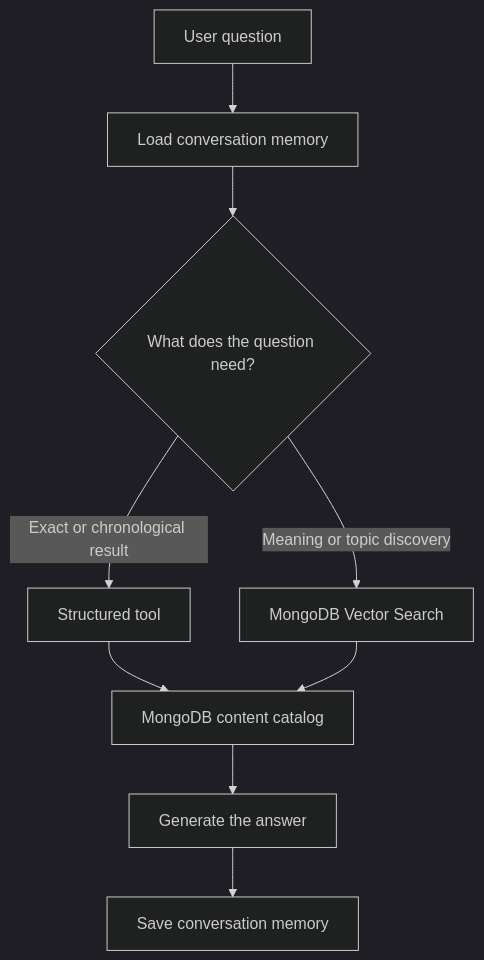
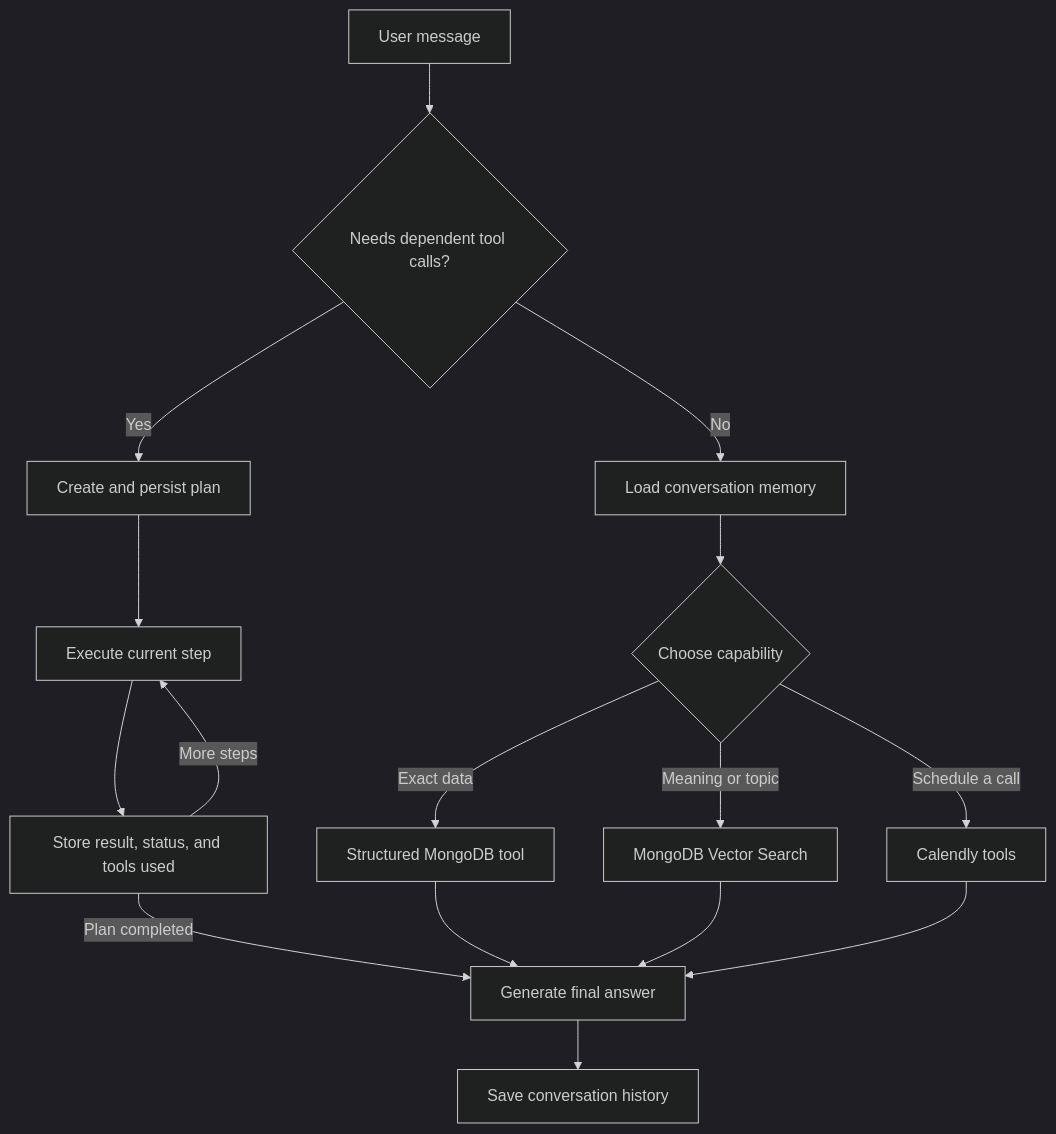
The diagram in README.md (ricardohsmello/ricai-personal-content-agent), drawn with Mermaid (dark theme) before and after one commit. The commit also changed other lines of this file, not shown here.

Commit message:
Changed readme to explain the correct agent flow

````diff
--- a/README.md
+++ b/README.md
@@ -15,11 +17,21 @@
 ```mermaid
 flowchart TD
-    Q["User question"] --> M["Load conversation memory"]
-    M --> D{"What does the question need?"}
-    D -->|"Exact or chronological result"| T["Structured tool"]
-    D -->|"Meaning or topic discovery"| V["MongoDB Vector Search"]
-    T --> K["MongoDB content catalog"]
-    V --> K
-    K --> A["Generate the answer"]
-    A --> S["Save conversation memory"]
+    Q["User message"] --> R{"Needs dependent tool calls?"}
+
+    R -->|"No"| M["Load conversation memory"]
+    M --> D{"Choose capability"}
+    D -->|"Exact data"| T["Structured MongoDB tool"]
+    D -->|"Meaning or topic"| V["MongoDB Vector Search"]
+    D -->|"Schedule a call"| C["Calendly tools"]
+
+    R -->|"Yes"| P["Create and persist plan"]
+    P --> E["Execute current step"]
+    E --> S["Store result, status, and tools used"]
+    S -->|"More steps"| E
+    S -->|"Plan completed"| A["Generate final answer"]
+
+    T --> A
+    V --> A
+    C --> A
+    A --> H["Save conversation history"]
 ```
````
